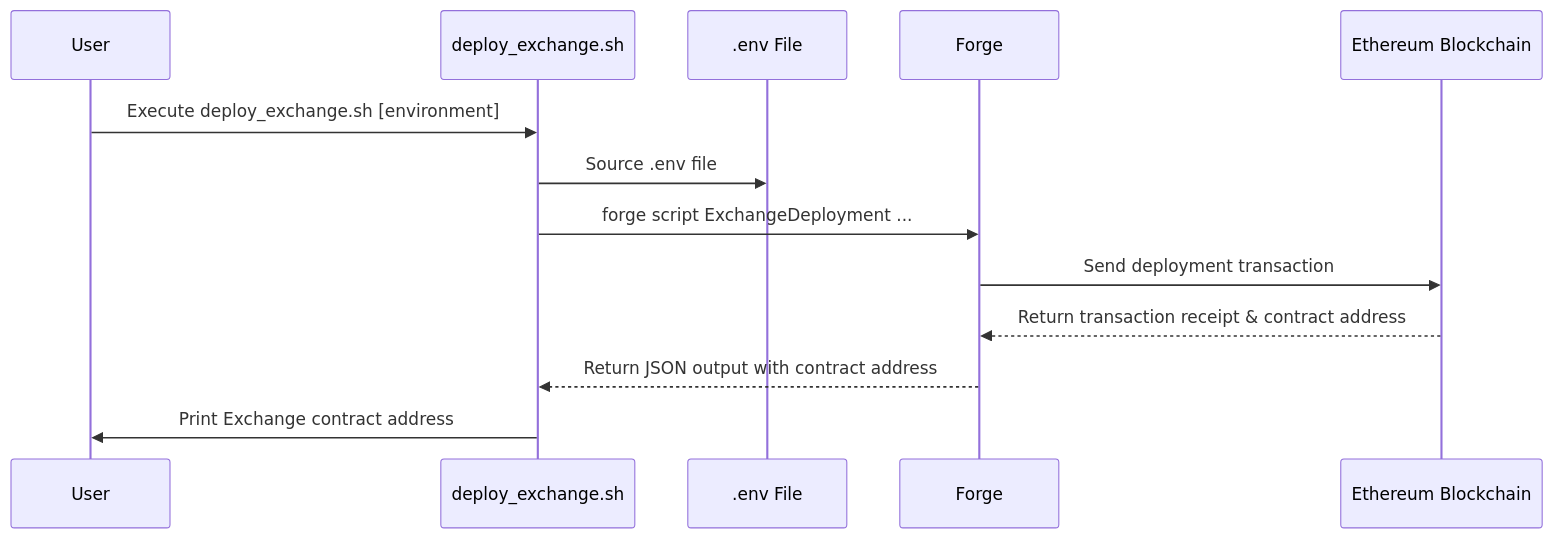
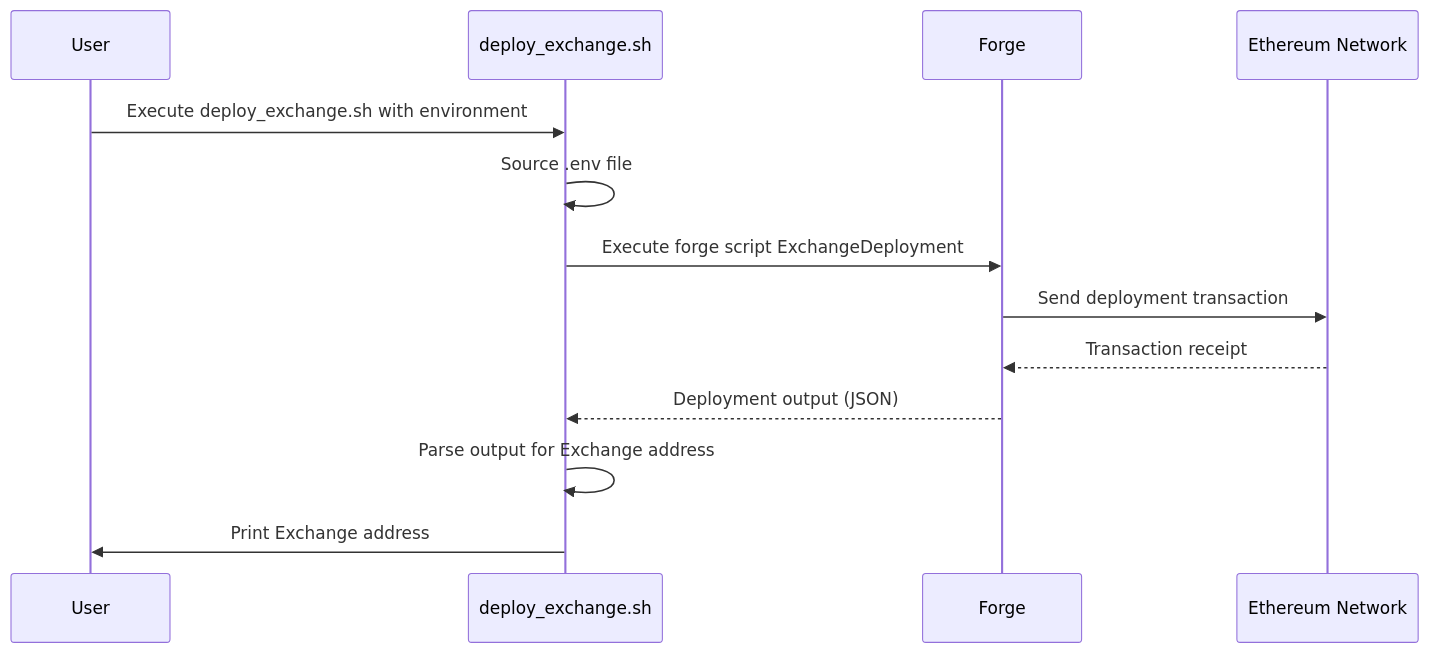
One commit to Omkar-Ghongade/Documentation-AI changed the fourth of 4 diagrams in ctf-exchange.md. Above: the diagram before and after it, drawn with Mermaid. The commit also changed other lines of this file, not shown here.

````diff
--- a/ctf-exchange.md
+++ b/ctf-exchange.md
@@ -102,15 +143,16 @@
 ```mermaid
 sequenceDiagram
     participant User
     participant deploy_exchange.sh
-    participant .env File
     participant Forge
-    participant Ethereum Blockchain
-    User->>deploy_exchange.sh: Execute deploy_exchange.sh [environment]
-    deploy_exchange.sh->>.env File: Source .env file
-    deploy_exchange.sh->>Forge: forge script ExchangeDeployment ...
-    Forge->>Ethereum Blockchain: Send deployment transaction
-    Ethereum Blockchain-->>Forge: Return transaction receipt & contract address
-    Forge-->>deploy_exchange.sh: Return JSON output with contract address
-    deploy_exchange.sh->>User: Print Exchange contract address
+    participant Ethereum Network
+
+    User->>deploy_exchange.sh: Execute deploy_exchange.sh with environment
+    deploy_exchange.sh->>deploy_exchange.sh: Source .env file
+    deploy_exchange.sh->>Forge: Execute forge script ExchangeDeployment
+    Forge->>Ethereum Network: Send deployment transaction
+    Ethereum Network-->>Forge: Transaction receipt
+    Forge-->>deploy_exchange.sh: Deployment output (JSON)
+    deploy_exchange.sh->>deploy_exchange.sh: Parse output for Exchange address
+    deploy_exchange.sh->>User: Print Exchange address
 ```
````
